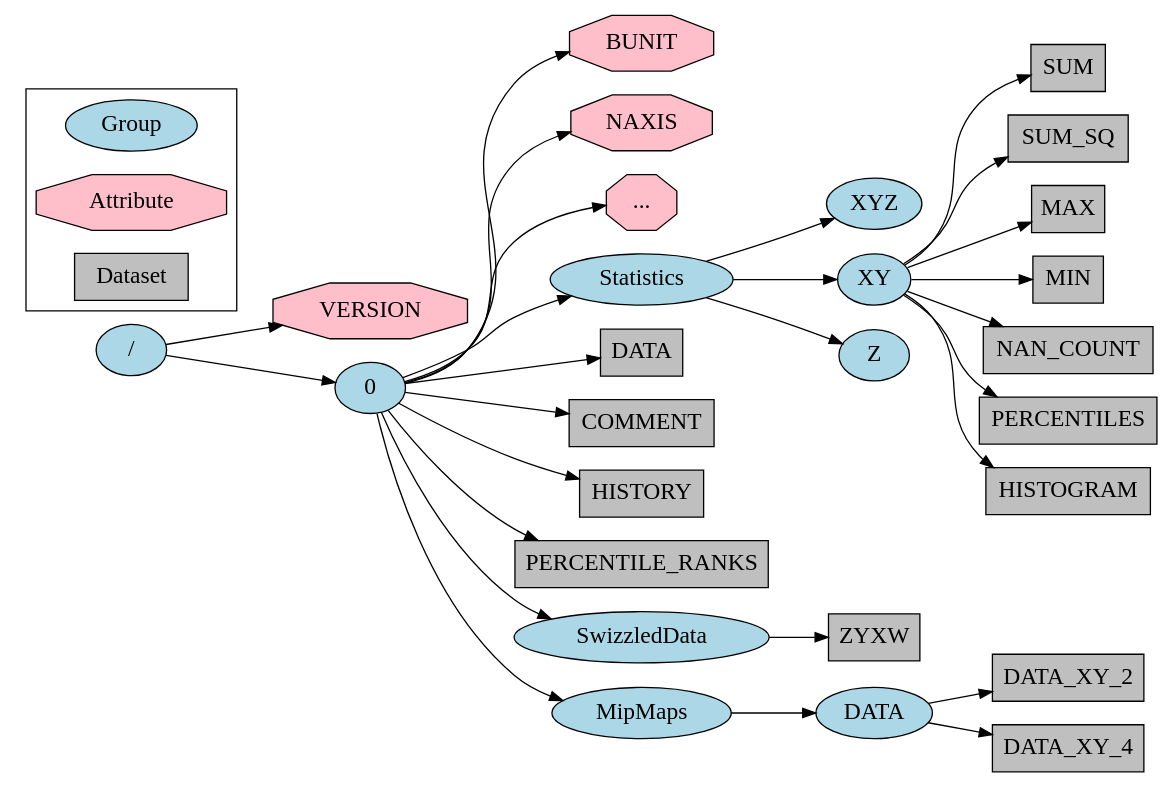
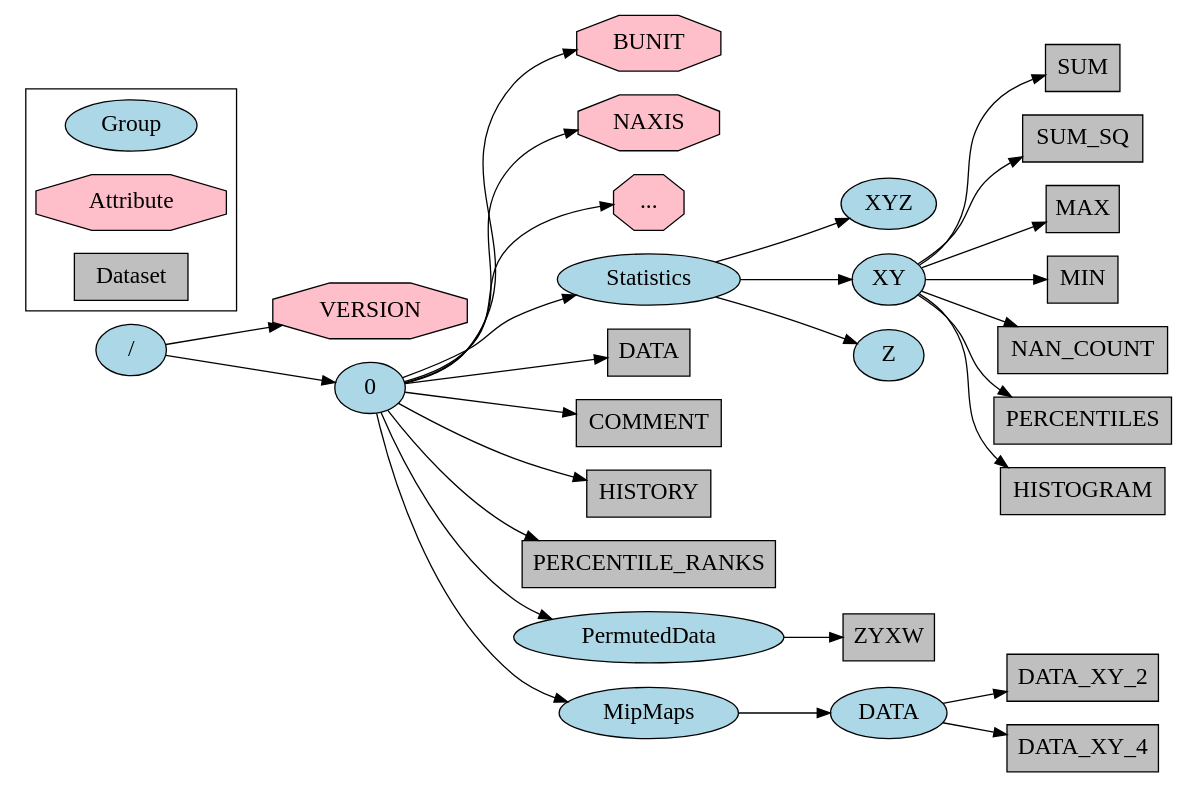
One commit to idia-astro/hdf5converters changed the diagram in docs/schema.dot. Above: the diagram before and after it, drawn with Graphviz. The commit also changed 3 other files, not shown here.

```diff
--- a/docs/schema.dot
+++ b/docs/schema.dot
@@ -1,83 +1,83 @@
 digraph {
     rankdir=LR
     ordering=out
     concentrate=true
     
     node [fontname="DejaVuSans" fontsize=18];
     edge [fontname="DejaVuSans" fontsize=18];
     
     node [style=filled fillcolor="#abd7e6"]
     file [label="/"]
     0
-    SwizzledData
+    PermutedData
     MipMaps
     mmDATA [label="DATA"]
     Statistics
     XY
     Z
     XYZ
     Group
     
     node [shape=octagon fillcolor="#ffbfca"]
     VERSION
     BUNIT
     NAXIS
     other_attrs [label="..."]
     Attribute
     
     node [shape=box fillcolor="#bfbfbf"]
     DATA
     COMMENT
     HISTORY
     PERCENTILE_RANKS
     ZYXW
     DATA_XY_2
     DATA_XY_4
     SUM
     SUM_SQ
     MAX
     MIN
     NAN_COUNT
     PERCENTILES
     HISTOGRAM
     Dataset
 
     file -> VERSION
     file -> 0
     
     0 -> BUNIT
     0 -> NAXIS
     0 -> other_attrs
     
     0 -> Statistics
     Statistics -> XYZ
     Statistics -> XY
     XY -> SUM
     XY -> SUM_SQ
     XY -> MAX
     XY -> MIN
     XY -> NAN_COUNT
     XY -> PERCENTILES
     XY -> HISTOGRAM
     Statistics -> Z
     
     0 -> DATA
     
     0 -> COMMENT
     0 -> HISTORY
     0 -> PERCENTILE_RANKS
     
-    0 -> SwizzledData
-    SwizzledData -> ZYXW
+    0 -> PermutedData
+    PermutedData -> ZYXW
     
     0 -> MipMaps
     MipMaps -> mmDATA
     mmDATA -> DATA_XY_2
     mmDATA -> DATA_XY_4
     
     subgraph cluster_legend {
         Group
         Attribute
         Dataset
     }
 }
```
